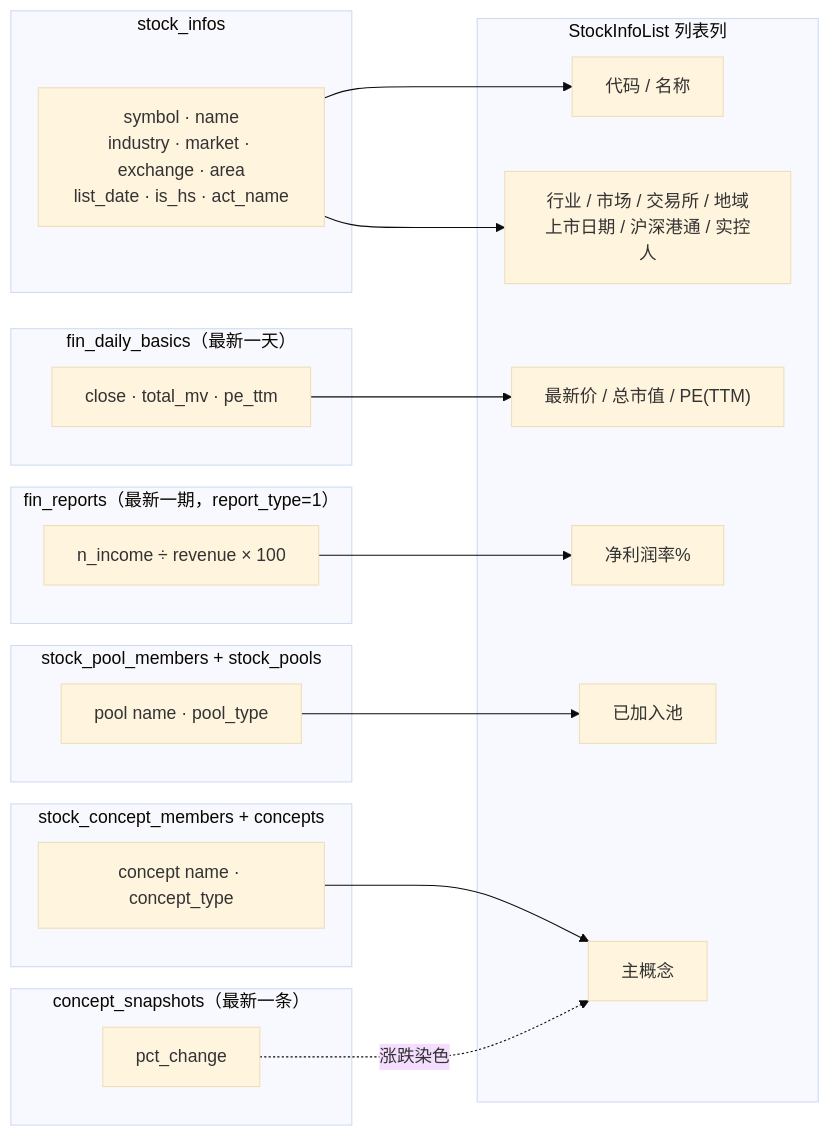
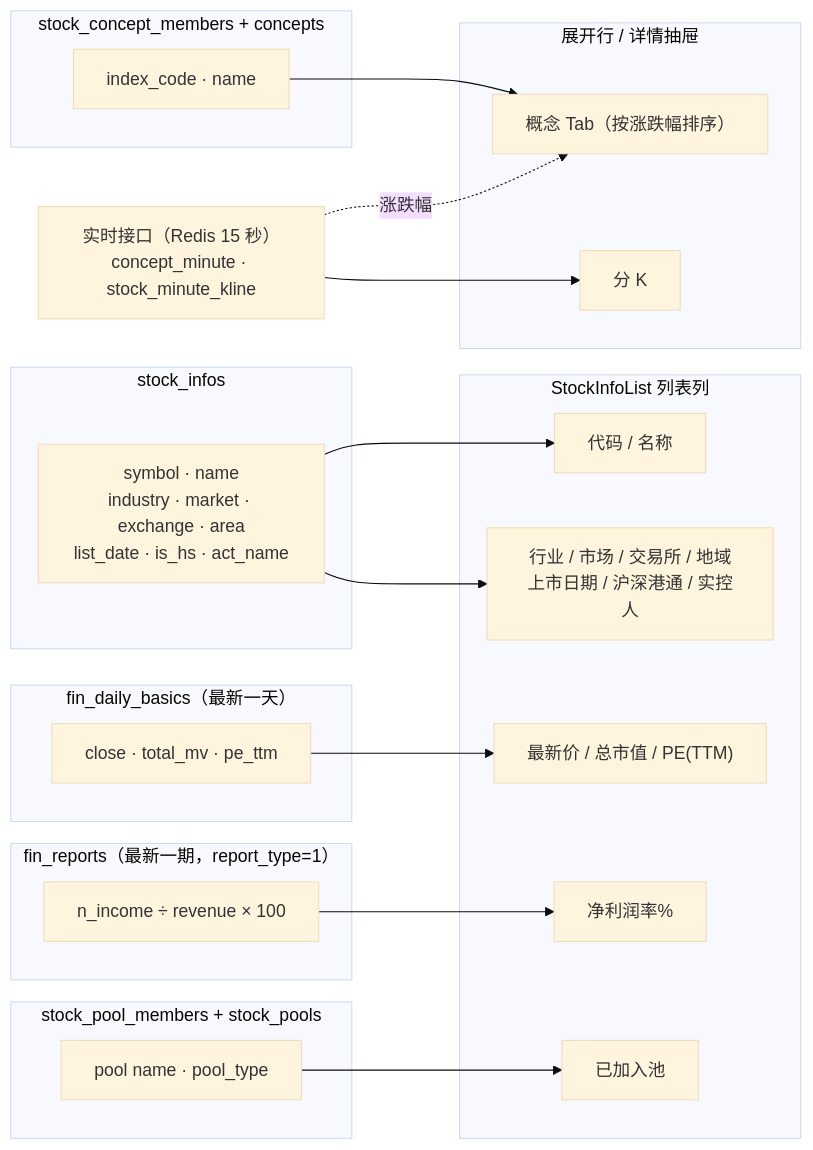
One commit to 1294117457/Attribution_Analysis changed the diagram in backend/docs/overview/stockInfo概要.md. Above: the diagram before and after it, drawn with Mermaid (base theme). The commit also changed other lines of this file and 4 other files, not shown here.

````diff
--- a/backend/docs/overview/stockInfo概要.md
+++ b/backend/docs/overview/stockInfo概要.md
@@ -49,38 +63,41 @@
 ```mermaid
 flowchart LR
     subgraph T1["stock_infos"]
         SI["symbol · name<br/>industry · market · exchange · area<br/>list_date · is_hs · act_name"]
     end
     subgraph T2["fin_daily_basics（最新一天）"]
         FDB["close · total_mv · pe_ttm"]
     end
     subgraph T3["fin_reports（最新一期，report_type=1）"]
         FR["n_income ÷ revenue × 100"]
     end
     subgraph T4["stock_pool_members + stock_pools"]
         PL["pool name · pool_type"]
     end
-    subgraph T5["stock_concept_members + concepts"]
-        CP["concept name · concept_type"]
-    end
-    subgraph T6["concept_snapshots（最新一条）"]
-        CS["pct_change"]
-    end
 
     subgraph UI["StockInfoList 列表列"]
         C1["代码 / 名称"]
         C2["行业 / 市场 / 交易所 / 地域<br/>上市日期 / 沪深港通 / 实控人"]
         C3["最新价 / 总市值 / PE(TTM)"]
         C4["净利润率%"]
         C5["已加入池"]
-        C6["主概念"]
     end
 
     SI --> C1
     SI --> C2
     FDB --> C3
     FR --> C4
     PL --> C5
-    CP --> C6
-    CS -. "涨跌染色" .-> C6
+
+    subgraph T5["stock_concept_members + concepts"]
+        CP["index_code · name"]
+    end
+    RT["实时接口（Redis 15 秒）<br/>concept_minute · stock_minute_kline"]
+    subgraph D["展开行 / 详情抽屉"]
+        D1["概念 Tab（按涨跌幅排序）"]
+        D2["分 K"]
+    end
+    CP --> D1
+    RT -. "涨跌幅" .-> D1
+    RT --> D2
 ```
````
